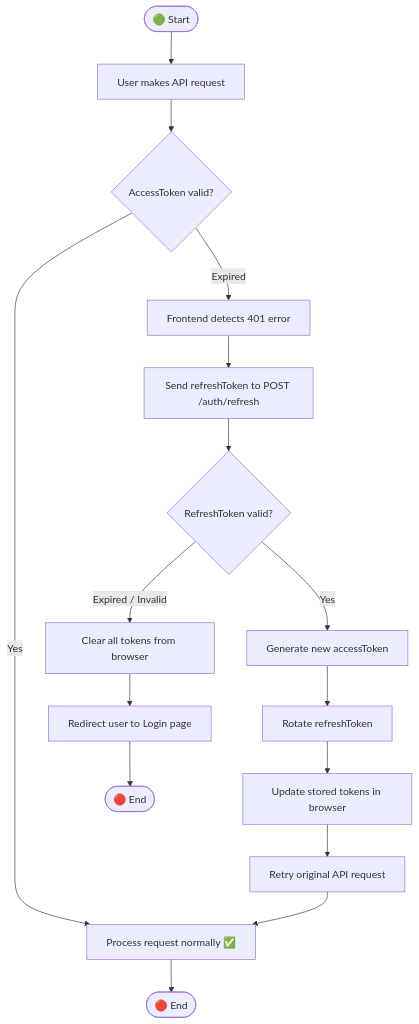
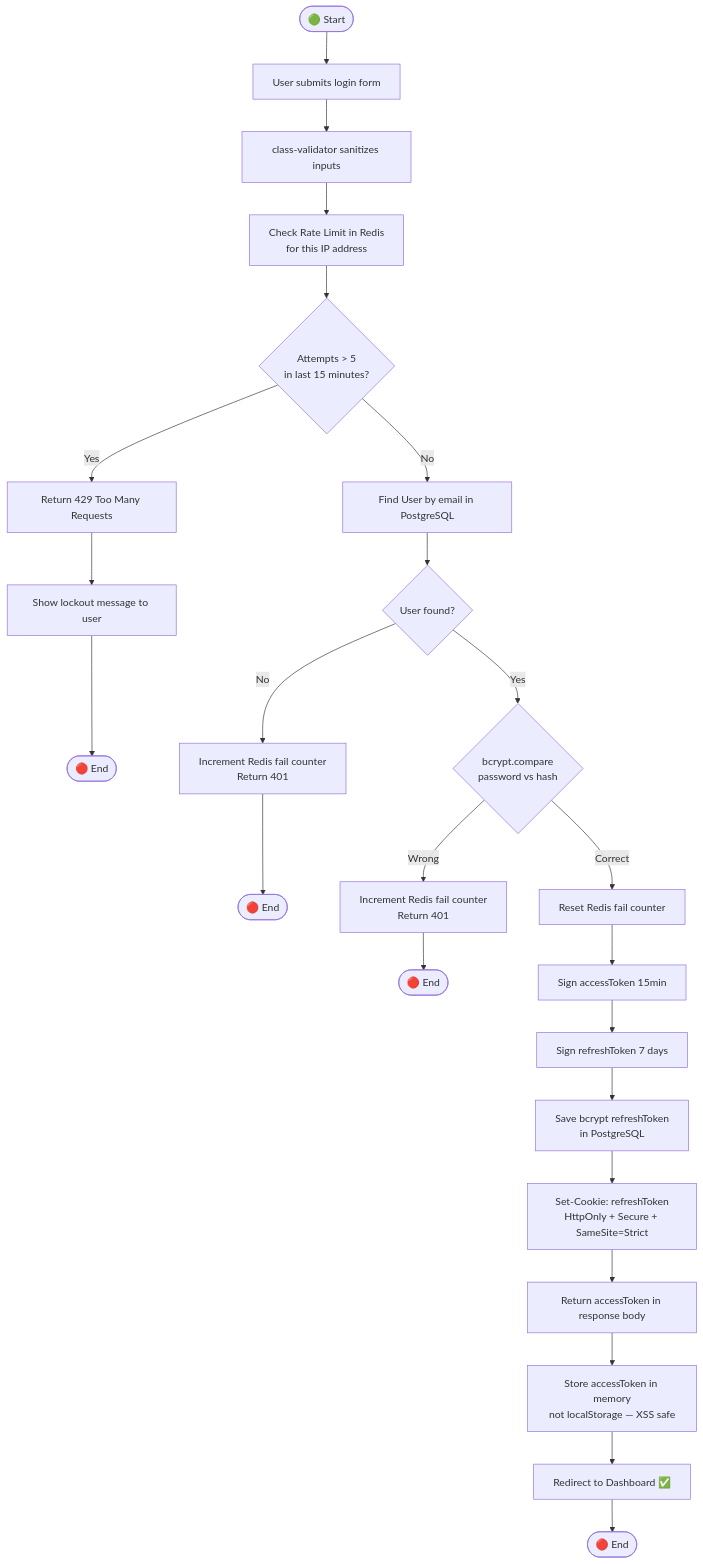
Before and after one commit to tayeb736/prohect12: the eighth of 8 diagrams in diagrams/04_activity_diagram.md, drawn with Mermaid. The commit also changed other lines of this file and 7 other files, not shown here.

Commit message:
docs: update all UML diagrams — add PostgreSQL, Redis, S3, Stripe, SendGrid, KYC, Swagger per readme2 & README3

````diff
--- a/diagrams/04_activity_diagram.md
+++ b/diagrams/04_activity_diagram.md
@@ -242,18 +249,26 @@
 ```mermaid
 flowchart TD
-  Start([🟢 Start]) --> H1[User makes API request]
-  H1 --> H2{AccessToken valid?}
-  H2 -- Yes --> H3[Process request normally ✅]
-  H3 --> End1([🔴 End])
-  H2 -- Expired --> H4[Frontend detects 401 error]
-  H4 --> H5[Send refreshToken to POST /auth/refresh]
-  H5 --> H6{RefreshToken valid?}
-  H6 -- Yes --> H7[Generate new accessToken]
-  H7 --> H8[Rotate refreshToken]
-  H8 --> H9[Update stored tokens in browser]
-  H9 --> H10[Retry original API request]
-  H10 --> H3
-  H6 -- Expired / Invalid --> H11[Clear all tokens from browser]
-  H11 --> H12[Redirect user to Login page]
-  H12 --> End2([🔴 End])
+  Start([🟢 Start]) --> H1[User submits login form]
+  H1 --> H2[class-validator sanitizes inputs]
+  H2 --> H3[Check Rate Limit in Redis\nfor this IP address]
+  H3 --> H4{Attempts > 5\nin last 15 minutes?}
+  H4 -- Yes --> H5[Return 429 Too Many Requests]
+  H5 --> H6[Show lockout message to user]
+  H6 --> End1([🔴 End])
+  H4 -- No --> H7[Find User by email in PostgreSQL]
+  H7 --> H8{User found?}
+  H8 -- No --> H9[Increment Redis fail counter\nReturn 401]
+  H9 --> End2([🔴 End])
+  H8 -- Yes --> H10{bcrypt.compare\npassword vs hash}
+  H10 -- Wrong --> H11[Increment Redis fail counter\nReturn 401]
+  H11 --> End3([🔴 End])
+  H10 -- Correct --> H12[Reset Redis fail counter]
+  H12 --> H13[Sign accessToken 15min]
+  H13 --> H14[Sign refreshToken 7 days]
+  H14 --> H15[Save bcrypt refreshToken\nin PostgreSQL]
+  H15 --> H16[Set-Cookie: refreshToken\nHttpOnly + Secure + SameSite=Strict]
+  H16 --> H17[Return accessToken in response body]
+  H17 --> H18[Store accessToken in memory\nnot localStorage — XSS safe]
+  H18 --> H19[Redirect to Dashboard ✅]
+  H19 --> End4([🔴 End])
 ```
````
